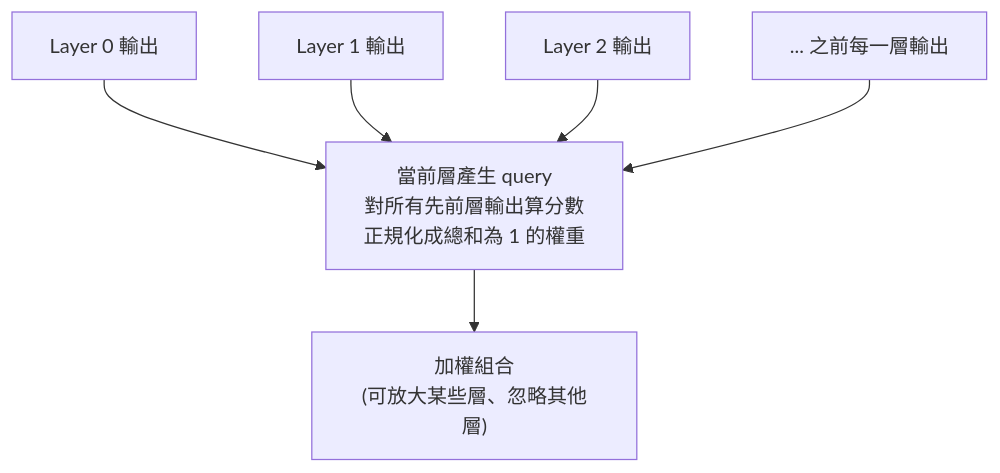
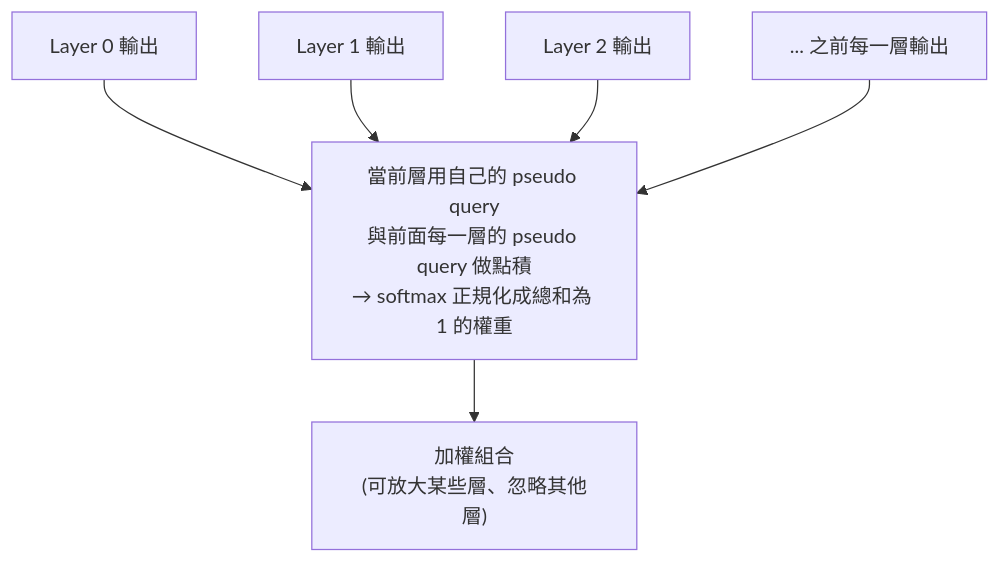
One commit to shooter2062424/Knowledge changed the third of 5 diagrams in technology/llm-internals/architecture/attention-residuals.md. Above: the diagram before and after it, drawn with Mermaid. The commit also changed other lines of this file and 2 other files, not shown here.

Commit message:
[feat] attention-residuals 併入程序员老王的白話推導版:拆出「數值膨脹/資訊稀釋」兩個問題、pseudo query 機制與顯存頻寬才是真瓶頸

````diff
--- a/technology/llm-internals/architecture/attention-residuals.md
+++ b/technology/llm-internals/architecture/attention-residuals.md
@@ -32,8 +107,8 @@
 ```mermaid
 flowchart TD
     L0["Layer 0 輸出"] --> Q
     L1["Layer 1 輸出"] --> Q
     L2["Layer 2 輸出"] --> Q
     Ln["... 之前每一層輸出"] --> Q
-    Q["當前層產生 query<br/>對所有先前層輸出算分數<br/>正規化成總和為 1 的權重"] --> O["加權組合<br/>(可放大某些層、忽略其他層)"]
+    Q["當前層用自己的 pseudo query<br/>與前面每一層的 pseudo query 做點積<br/>→ softmax 正規化成總和為 1 的權重"] --> O["加權組合<br/>(可放大某些層、忽略其他層)"]
 ```
````
